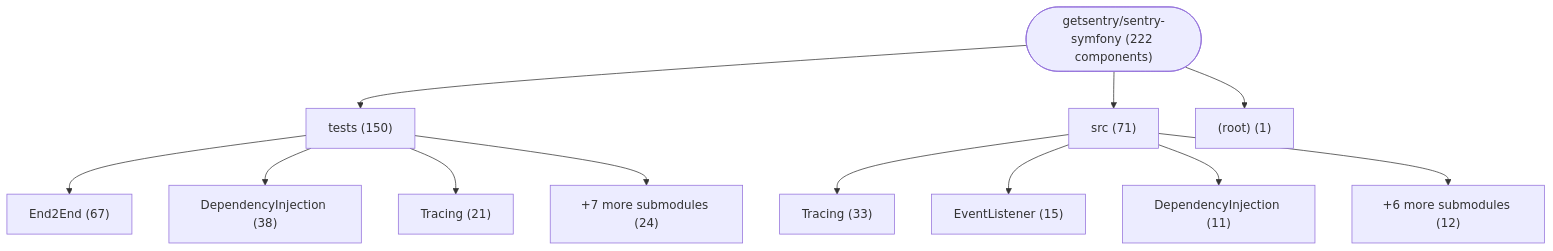
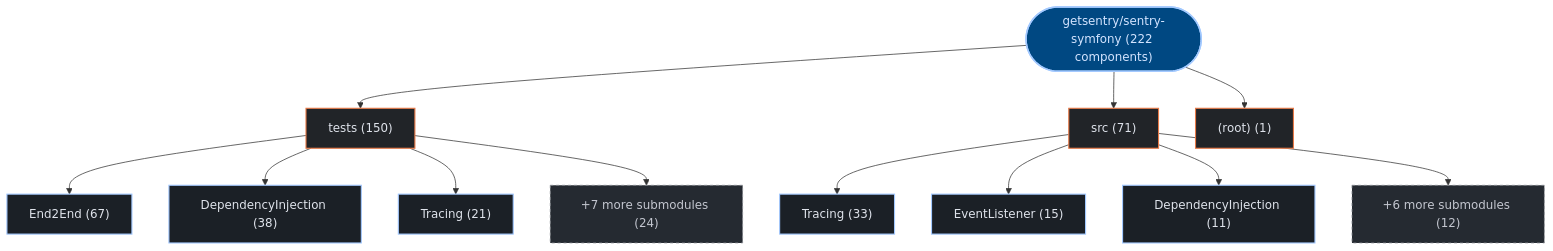
The first of 3 diagrams in exports/latest/reports/getsentry-sentry-symfony-report.md (kumarshaz/atruss-code-atlas), drawn with Mermaid before and after one commit. The commit also changed other lines of this file and 331 other files, not shown here.

Commit message:
docs,ui,fix: update SDLC docs, reorder CI/CD DAG first, stylize Mermaid, and fix Arc42 pipeline topology

````diff
--- a/exports/latest/reports/getsentry-sentry-symfony-report.md
+++ b/exports/latest/reports/getsentry-sentry-symfony-report.md
@@ -42,26 +42,33 @@
 ```mermaid
 graph TD;
-    repo_root(["getsentry/sentry-symfony (222 components)"])
-    dir_0_tests["tests (150)"]
+  classDef atlasRoot fill:#004882,stroke:#a3c9ff,stroke-width:2px,color:#d3e4ff
+  classDef atlasCategory fill:#212428,stroke:#E87A48,stroke-width:1.5px,color:#dfe3eb
+  classDef atlasWorkflow fill:#1b2026,stroke:#a3c9ff,stroke-width:1.5px,color:#dfe3eb
+  classDef atlasJob fill:#171c22,stroke:#8d9199,stroke-width:1px,color:#dfe3eb
+  classDef atlasTarget fill:#005227,stroke:#8bd99b,stroke-width:1.5px,color:#a7f6b6
+  classDef atlasAlert fill:#93000a,stroke:#ffb4ab,stroke-width:1.5px,color:#ffdad6
+  classDef atlasMore fill:#252a31,stroke:#8d9199,stroke-dasharray:4 4,color:#c3c6cf
+    repo_root(["getsentry/sentry-symfony (222 components)"]):::atlasRoot
+    dir_0_tests["tests (150)"]:::atlasCategory
     repo_root --> dir_0_tests
-    sub_0_0_End2End["End2End (67)"]
+    sub_0_0_End2End["End2End (67)"]:::atlasWorkflow
     dir_0_tests --> sub_0_0_End2End
-    sub_0_1_DependencyInjection["DependencyInjection (38)"]
+    sub_0_1_DependencyInjection["DependencyInjection (38)"]:::atlasWorkflow
     dir_0_tests --> sub_0_1_DependencyInjection
-    sub_0_2_Tracing["Tracing (21)"]
+    sub_0_2_Tracing["Tracing (21)"]:::atlasWorkflow
     dir_0_tests --> sub_0_2_Tracing
-    sub_0_more["+7 more submodules (24)"]
+    sub_0_more["+7 more submodules (24)"]:::atlasMore
     dir_0_tests --> sub_0_more
-    dir_1_src["src (71)"]
+    dir_1_src["src (71)"]:::atlasCategory
     repo_root --> dir_1_src
-    sub_1_0_Tracing["Tracing (33)"]
+    sub_1_0_Tracing["Tracing (33)"]:::atlasWorkflow
     dir_1_src --> sub_1_0_Tracing
-    sub_1_1_EventListener["EventListener (15)"]
+    sub_1_1_EventListener["EventListener (15)"]:::atlasWorkflow
     dir_1_src --> sub_1_1_EventListener
-    sub_1_2_DependencyInjection["DependencyInjection (11)"]
+    sub_1_2_DependencyInjection["DependencyInjection (11)"]:::atlasWorkflow
     dir_1_src --> sub_1_2_DependencyInjection
-    sub_1_more["+6 more submodules (12)"]
+    sub_1_more["+6 more submodules (12)"]:::atlasMore
     dir_1_src --> sub_1_more
-    dir_2__root_["(root) (1)"]
+    dir_2__root_["(root) (1)"]:::atlasCategory
     repo_root --> dir_2__root_
 ```
````
